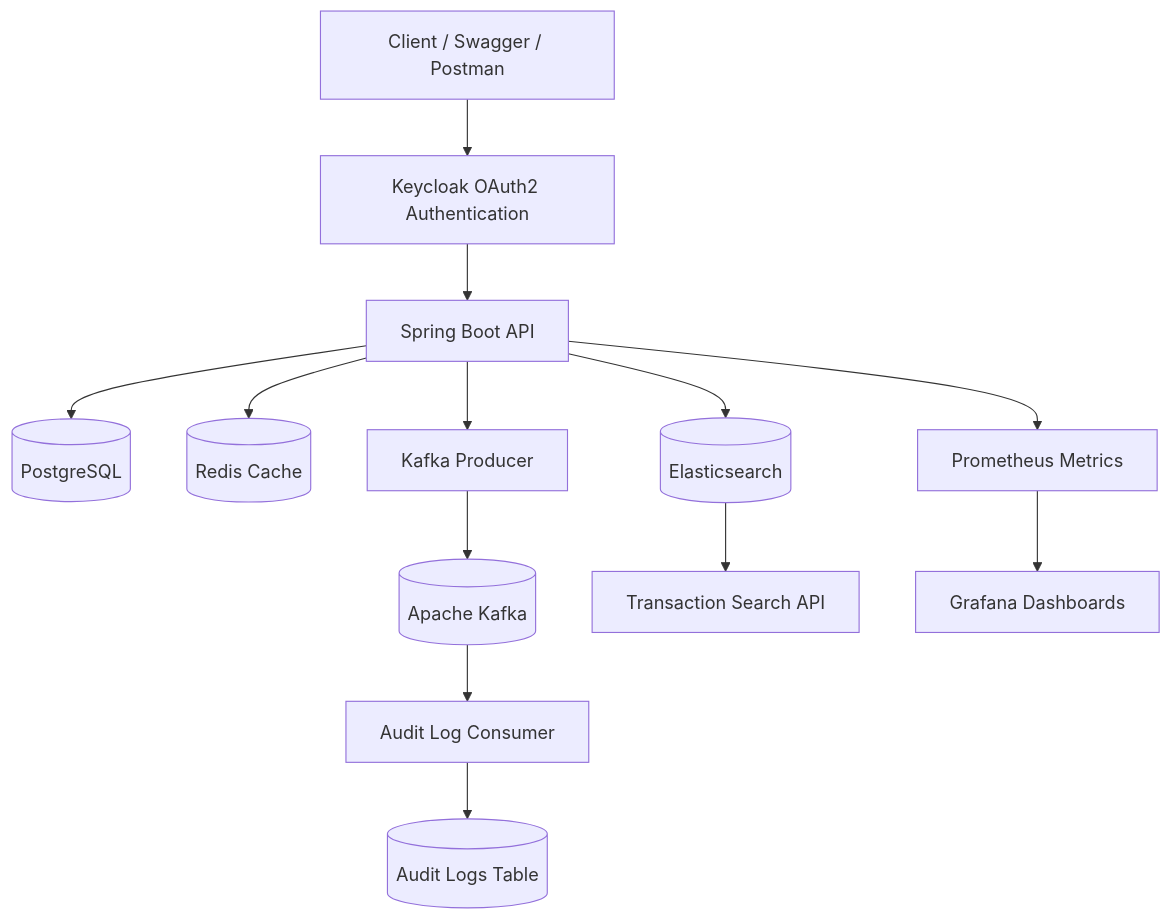
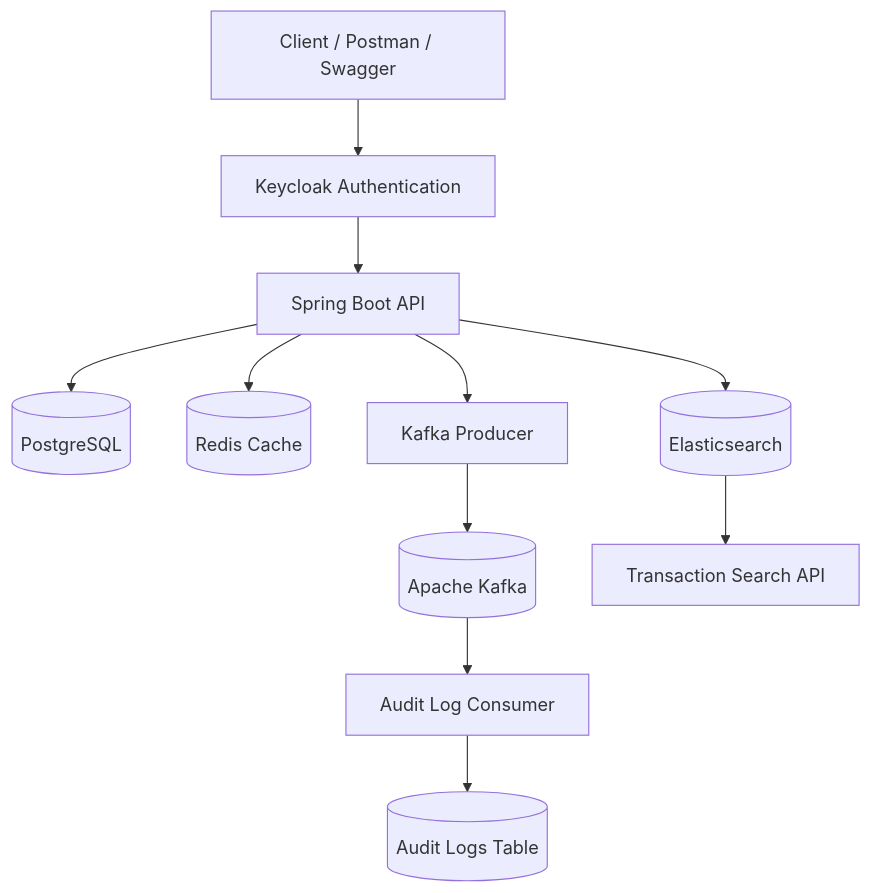
One commit to siddhants4000/enterprise-digital-wallet changed the first of 4 diagrams in README.md. Above: the diagram before and after it, drawn with Mermaid. The commit also changed other lines of this file and 9 other files, not shown here.

Commit message:
Add Helm chart for wallet platform

````diff
--- a/README.md
+++ b/README.md
@@ -158,29 +148,25 @@
 ```mermaid
 flowchart TD
 
-    Client[Client / Swagger / Postman]
+    Client[Client / Postman / Swagger]
 
-    Client --> Keycloak[Keycloak OAuth2 Authentication]
+    Client --> Keycloak[Keycloak Authentication]
 
     Keycloak --> SpringBoot[Spring Boot API]
 
     SpringBoot --> PostgreSQL[(PostgreSQL)]
 
     SpringBoot --> Redis[(Redis Cache)]
 
     SpringBoot --> KafkaProducer[Kafka Producer]
 
     KafkaProducer --> Kafka[(Apache Kafka)]
 
     Kafka --> KafkaConsumer[Audit Log Consumer]
 
     KafkaConsumer --> AuditLogs[(Audit Logs Table)]
 
     SpringBoot --> Elasticsearch[(Elasticsearch)]
 
     Elasticsearch --> SearchAPI[Transaction Search API]
-
-    SpringBoot --> Prometheus[Prometheus Metrics]
-
-    Prometheus --> Grafana[Grafana Dashboards]
 ```
````
